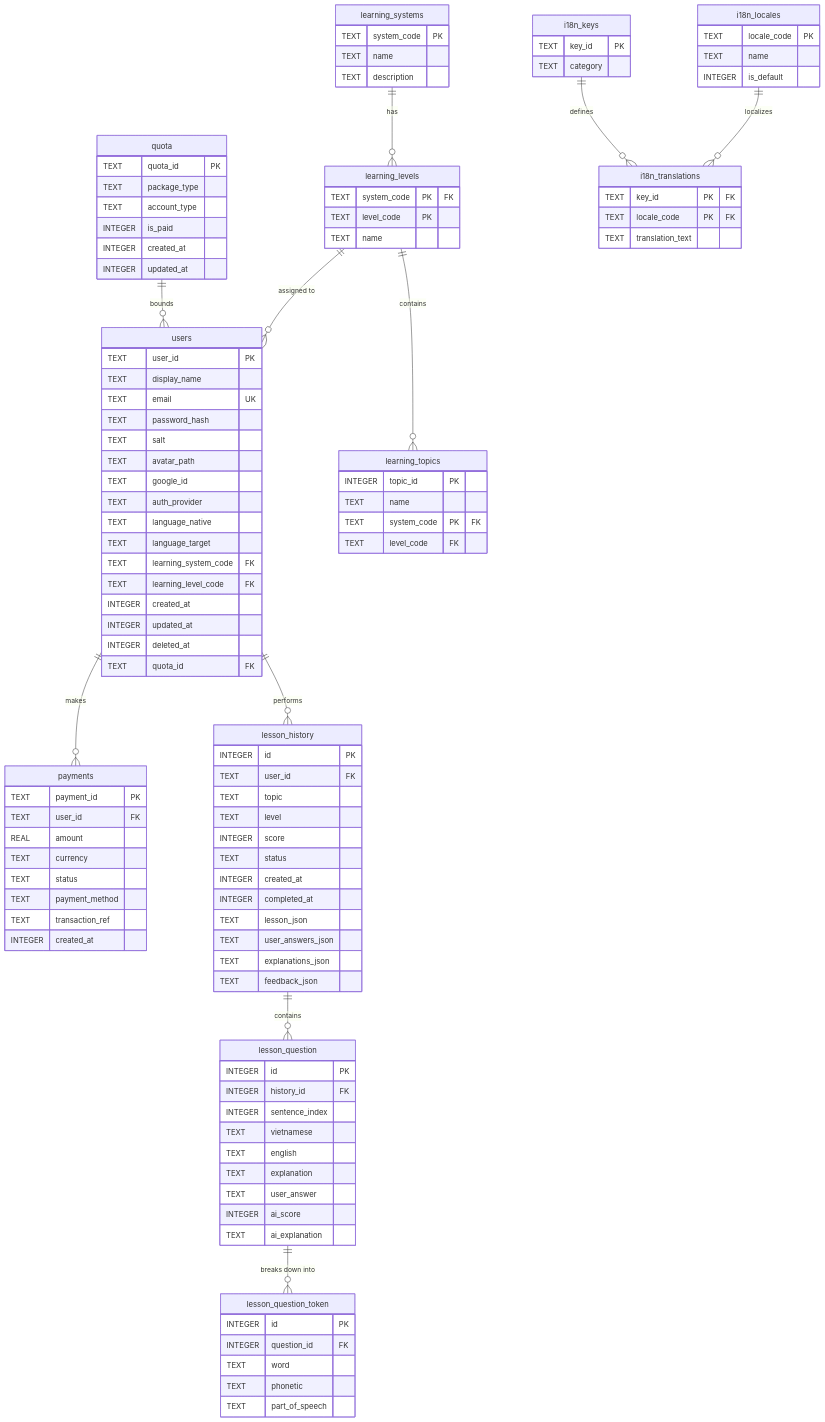
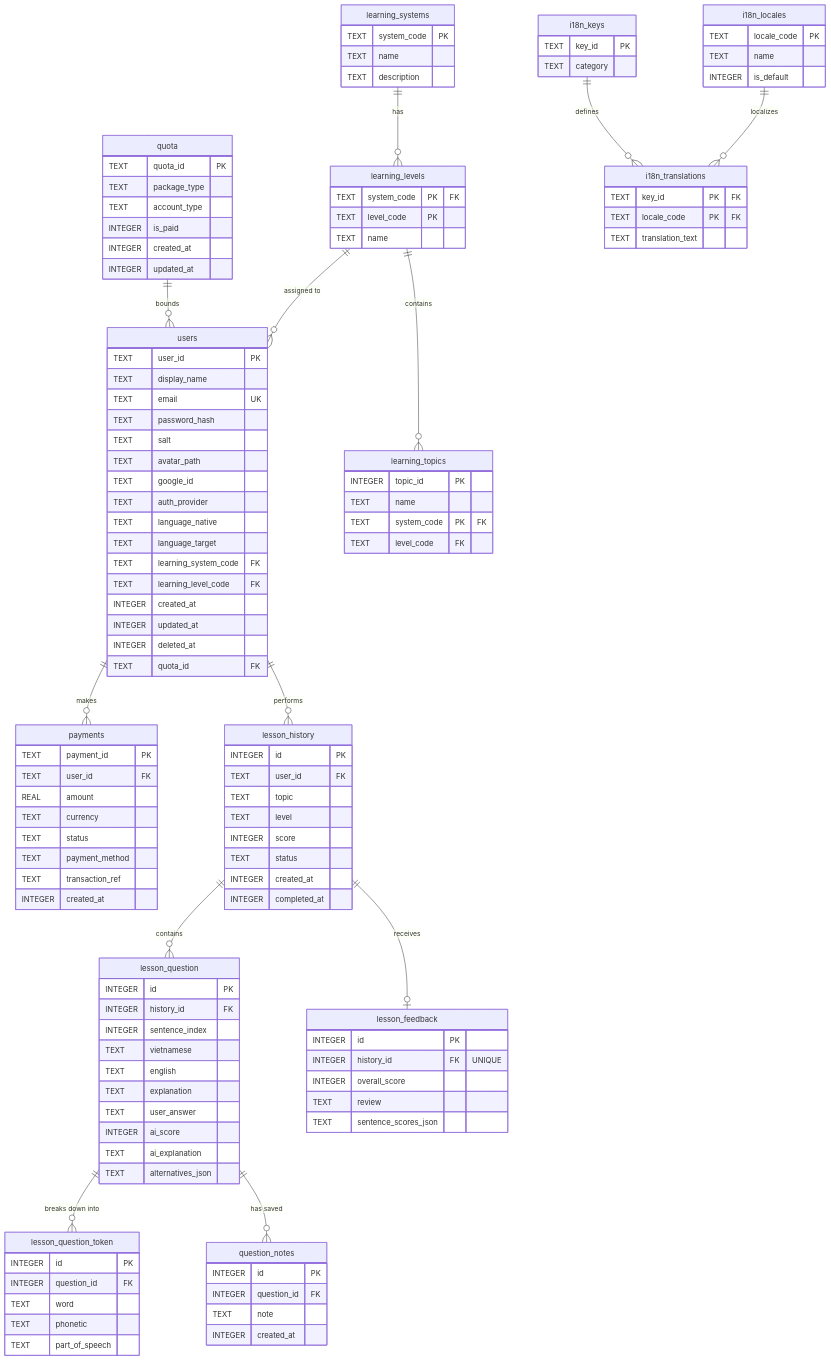
One commit to vinh-gogo/ai-english changed the diagram in docs/database_schema.md. Above: the diagram before and after it, drawn with Mermaid. The commit also changed other lines of this file and 25 other files, not shown here.

Commit message:
Refactor: Remove unused score and sentence scores fields across database, domain models, and UI

````diff
--- a/docs/database_schema.md
+++ b/docs/database_schema.md
@@ -90,10 +90,6 @@
         TEXT status
         INTEGER created_at
         INTEGER completed_at
-        TEXT lesson_json
-        TEXT user_answers_json
-        TEXT explanations_json
-        TEXT feedback_json
     }
 
     lesson_question {
@@ -106,6 +102,7 @@
         TEXT user_answer
         INTEGER ai_score
         TEXT ai_explanation
+        TEXT alternatives_json
     }
 
     lesson_question_token {
@@ -114,6 +111,21 @@
         TEXT word
         TEXT phonetic
         TEXT part_of_speech
+    }
+
+    lesson_feedback {
+        INTEGER id PK
+        INTEGER history_id FK "UNIQUE"
+        INTEGER overall_score
+        TEXT review
+        TEXT sentence_scores_json
+    }
+
+    question_notes {
+        INTEGER id PK
+        INTEGER question_id FK
+        TEXT note
+        INTEGER created_at
     }
 
     %% Relationships
@@ -128,5 +140,7 @@
     i18n_keys ||--o{ i18n_translations : "defines"
 
     lesson_history ||--o{ lesson_question : "contains"
+    lesson_history ||--o| lesson_feedback : "receives"
     lesson_question ||--o{ lesson_question_token : "breaks down into"
+    lesson_question ||--o{ question_notes : "has saved"
 ```
````
